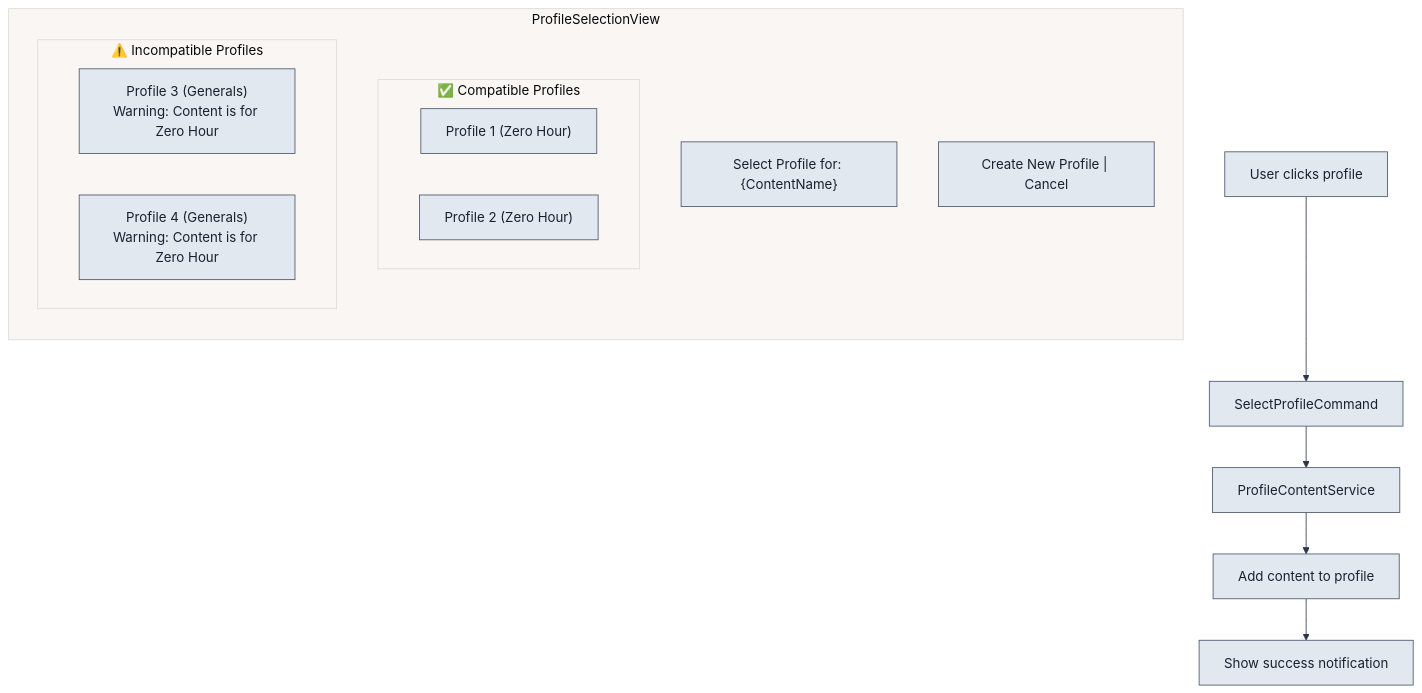
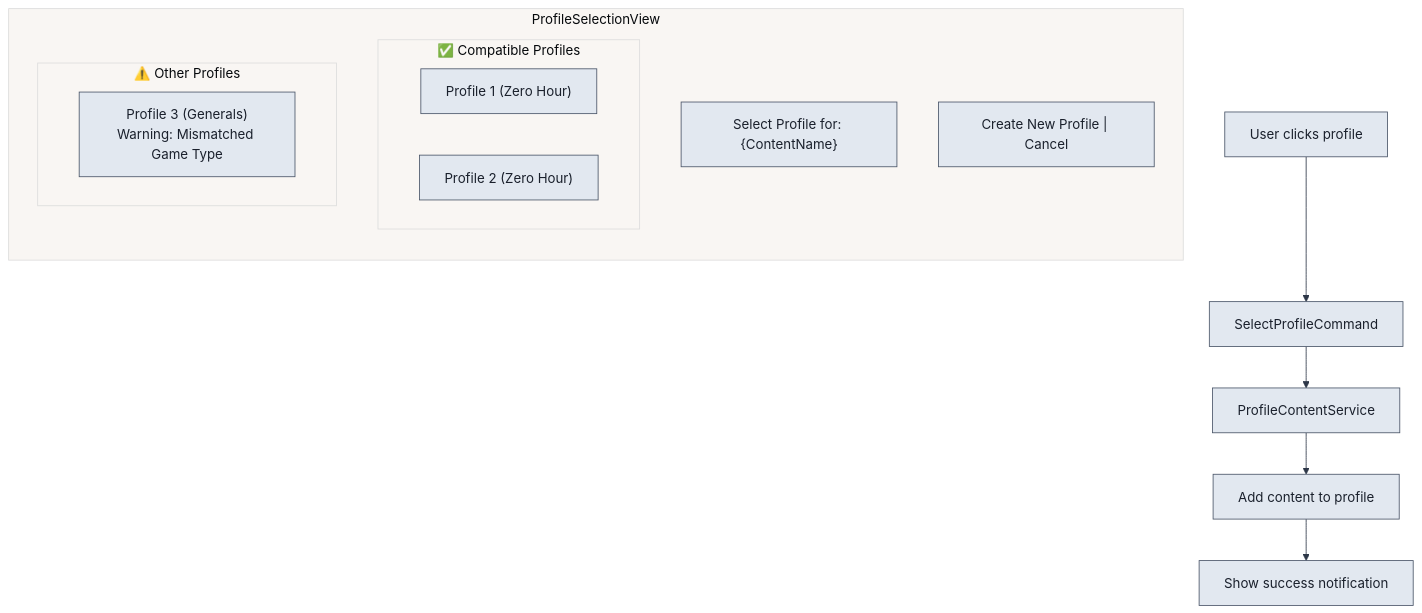
Before and after one commit to undead2146/GenHub: the sixth of 9 diagrams in docs/FlowCharts/Downloads-Flow.md, drawn with Mermaid. The commit also changed other lines of this file and 20 other files, not shown here.

````diff
--- a/docs/FlowCharts/Downloads-Flow.md
+++ b/docs/FlowCharts/Downloads-Flow.md
@@ -339,35 +326,34 @@
 ```mermaid
 %%{init: {
   'theme': 'base',
   'themeVariables': {
     'primaryColor': '#e2e8f0',
     'primaryTextColor': '#1a202c',
     'primaryBorderColor': '#4a5568',
     'lineColor': '#2d3748',
     'background': '#ffffff'
   }
 }}%%
 
 flowchart TD
     subgraph Dialog["ProfileSelectionView"]
         direction TB
         Header["Select Profile for: {ContentName}"]
 
         subgraph Compatible["✅ Compatible Profiles"]
             C1["Profile 1 (Zero Hour)"]
             C2["Profile 2 (Zero Hour)"]
         end
 
-        subgraph Incompatible["⚠️ Incompatible Profiles"]
-            I1["Profile 3 (Generals)<br/>Warning: Content is for Zero Hour"]
-            I2["Profile 4 (Generals)<br/>Warning: Content is for Zero Hour"]
+        subgraph Incompatible["⚠️ Other Profiles"]
+            I1["Profile 3 (Generals)<br/>Warning: Mismatched Game Type"]
         end
 
         Buttons["Create New Profile | Cancel"]
     end
 
     User["User clicks profile"] --> SelectProfile[SelectProfileCommand]
     SelectProfile --> PCS[ProfileContentService]
     PCS --> Profile[Add content to profile]
     Profile --> Notify[Show success notification]
 ```
````
